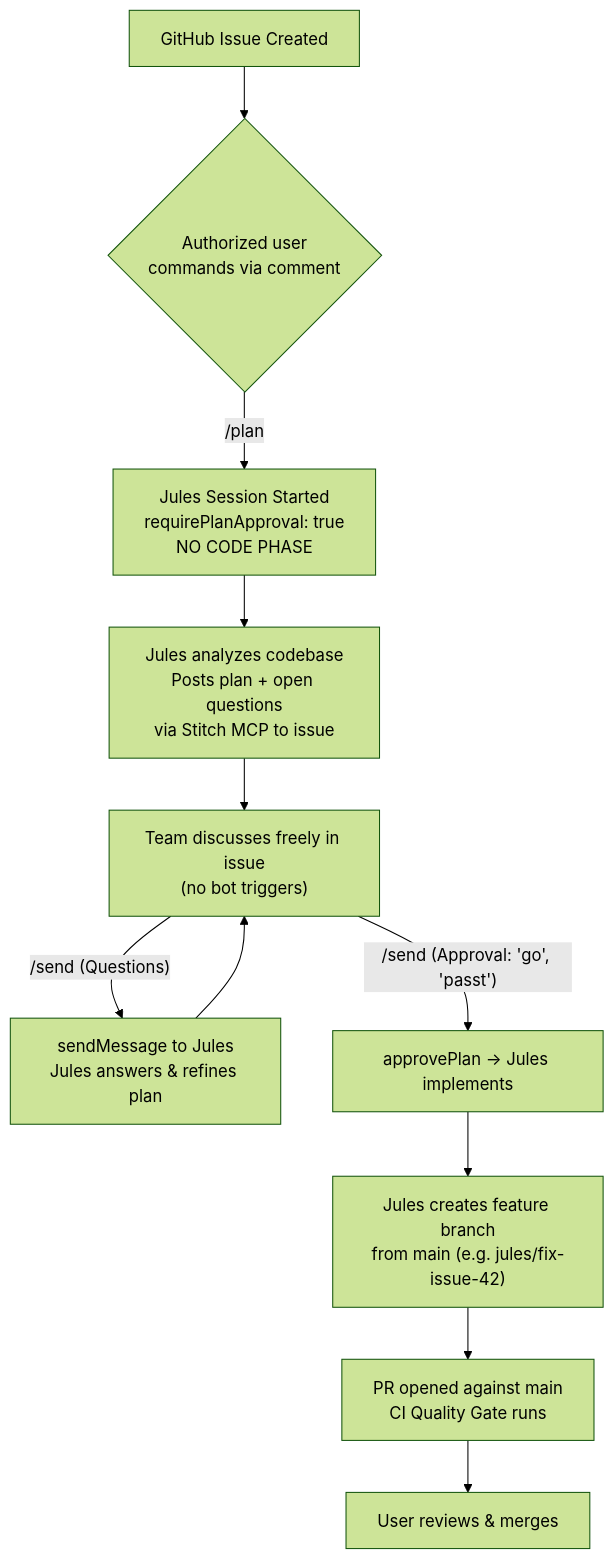
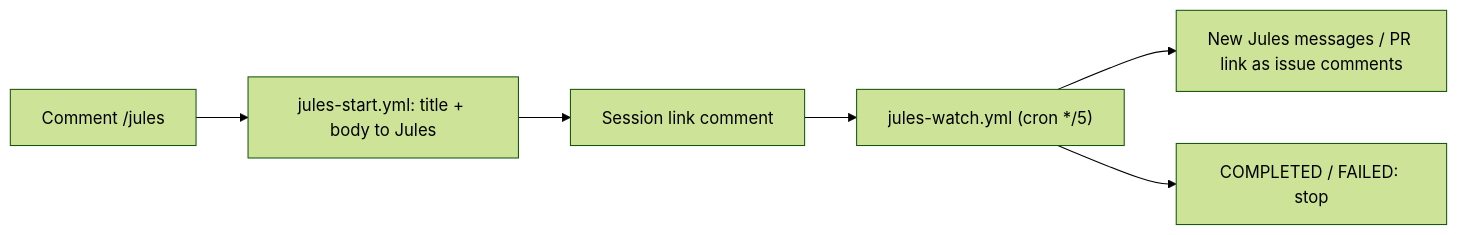
Before and after one commit to suitably/LocalGameGalaxy: the diagram in docs/workflows/jules-pipeline-workflow.md, drawn with Mermaid (forest theme). The commit also changed other lines of this file and 38 other files, not shown here.

Commit message:
chore(ci): streamline jules pipeline to start and watch workflows with test coverage and hygiene checks

````diff
--- a/docs/workflows/jules-pipeline-workflow.md
+++ b/docs/workflows/jules-pipeline-workflow.md
@@ -18,15 +14,8 @@
 ```mermaid
-flowchart TD
-    Issue["GitHub Issue Created"] --> Trigger{"Authorized user\ncommands via comment"}
-    
-    Trigger -->|/plan| PlanSession["Jules Session Started\nrequirePlanApproval: true\nNO CODE PHASE"]
-    PlanSession --> JulesAnalyzes["Jules analyzes codebase\nPosts plan + open questions\nvia Stitch MCP to issue"]
-    JulesAnalyzes --> Discussing["Team discusses freely in issue\n(no bot triggers)"]
-    Discussing -->|"/send (Questions)"| SendMsg["sendMessage to Jules\nJules answers & refines plan"]
-    SendMsg --> Discussing
-    Discussing -->|"/send (Approval: 'go', 'passt')"| ApprovePlan["approvePlan → Jules implements"]
-    
-    ApprovePlan --> FeatureBranch["Jules creates feature branch\nfrom main (e.g. jules/fix-issue-42)"]
-    FeatureBranch --> PRCI["PR opened against main\nCI Quality Gate runs"]
-    PRCI --> UserMerge["User reviews & merges"]
+flowchart LR
+  A["Comment /jules"] --> B["jules-start.yml: title + body to Jules"]
+  B --> C["Session link comment"]
+  C --> D["jules-watch.yml (cron */5)"]
+  D --> E["New Jules messages / PR link as issue comments"]
+  D --> F["COMPLETED / FAILED: stop"]
 ```
````
